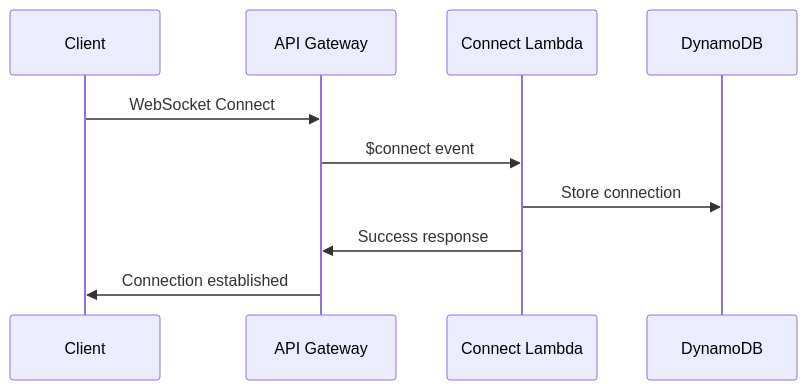
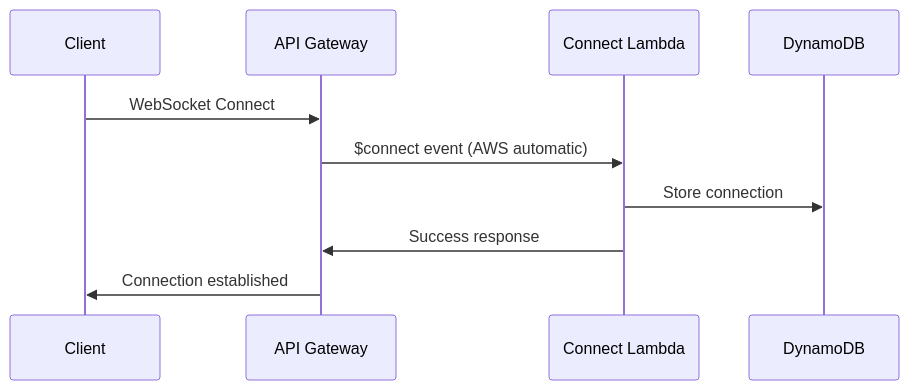
One commit to nkcoder/nodejs-projects changed the first of 4 diagrams in message-board/README.md. Above: the diagram before and after it, drawn with Mermaid. The commit also changed other lines of this file and 1 other file, not shown here.

````diff
--- a/message-board/README.md
+++ b/message-board/README.md
@@ -91,13 +269,13 @@
 ```mermaid
 sequenceDiagram
     participant Client
     participant API Gateway
     participant Connect Lambda
     participant DynamoDB
 
     Client->>API Gateway: WebSocket Connect
-    API Gateway->>Connect Lambda: $connect event
+    API Gateway->>Connect Lambda: $connect event (AWS automatic)
     Connect Lambda->>DynamoDB: Store connection
     Connect Lambda->>API Gateway: Success response
     API Gateway->>Client: Connection established
 ```
````
